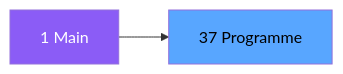
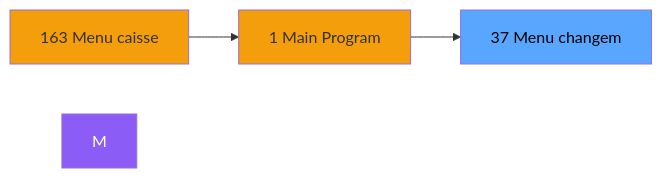
One commit to thonyAGP/magic-migration changed the second of 3 diagrams in .openspec/specs/ADH-IDE-37.md. Above: the diagram before and after it, drawn with Mermaid. The commit also changed other lines of this file and 323 other files, not shown here.

````diff
--- a/.openspec/specs/ADH-IDE-37.md
+++ b/.openspec/specs/ADH-IDE-37.md
@@ -98,8 +114,12 @@
 ```mermaid
 graph LR
-    M[1 Main]
-    T[37 Programme]
-    M --> T
+    N163[163 Menu caisse ]
+    N1[1 Main Program]
+    T[37 Menu changem]
+    N163 --> N1
+    N1 --> T
     style M fill:#8b5cf6,color:#fff
+    style N163 fill:#f59e0b
+    style N1 fill:#f59e0b
     style T fill:#58a6ff,color:#000
 ```
````
